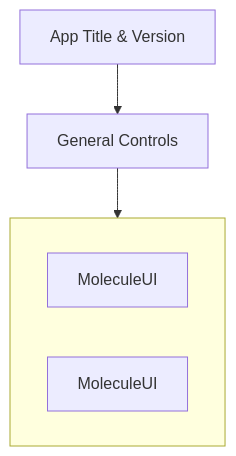
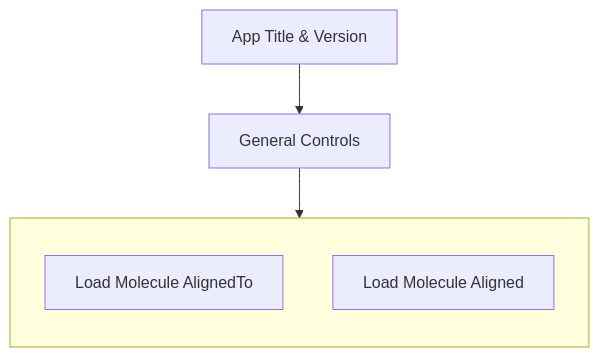
One commit to ribocode-slola/ribocode1 changed the first of 2 diagrams in README.md. Above: the diagram before and after it, drawn with Mermaid. The commit also changed other lines of this file, not shown here.

Commit message:
Modify flowchart layout and content in README
Updated flowchart direction and labels in README.

````diff
--- a/README.md
+++ b/README.md
@@ -51,13 +51,13 @@
 ```mermaid
 flowchart TD
     A[App Title & Version]
     B[General Controls]
     subgraph Columns[ ]
-        direction LR
-        C1[MoleculeUI]
-        C2[MoleculeUI]
+        direction TD
+        C1[Load Molecule AlignedTo]
+        C2[Load Molecule Aligned]
     end
 
     A --> B
     B --> Columns
 ```
````
